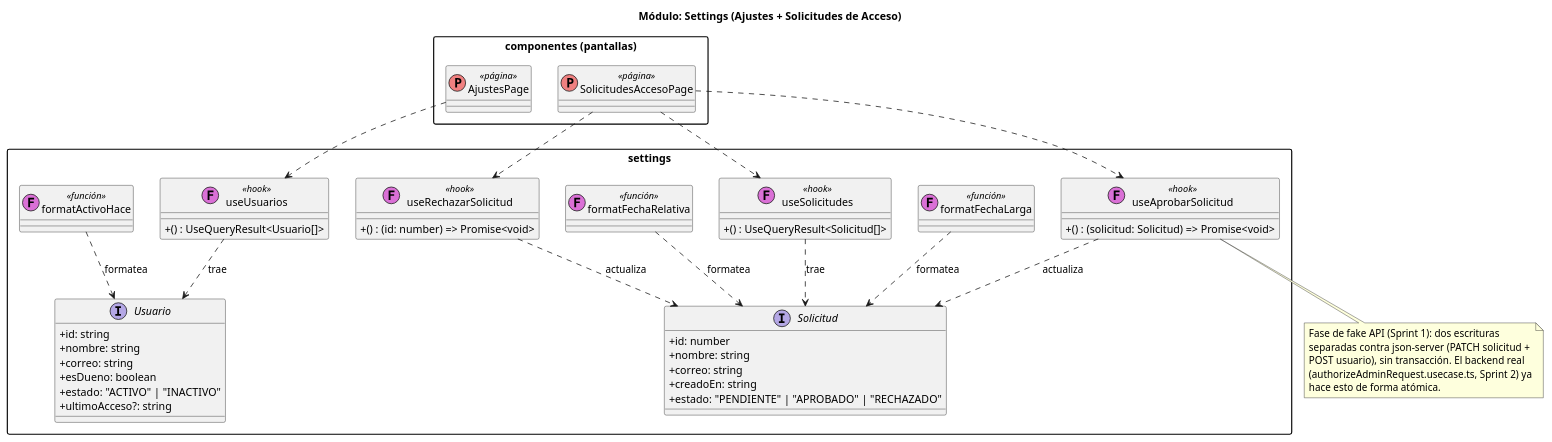
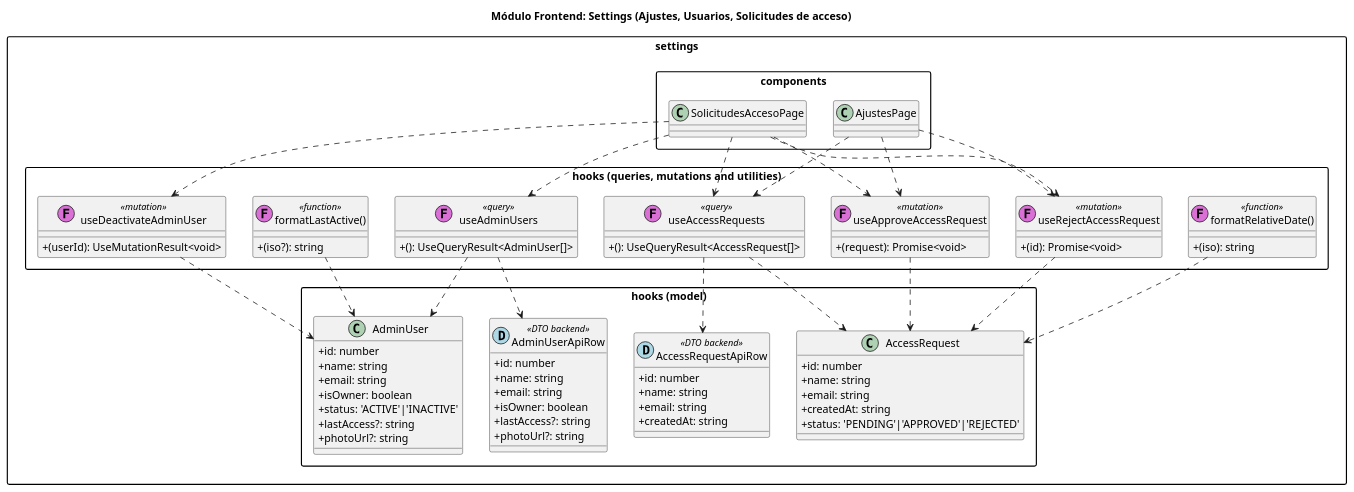
The diagram in docs/diagrams/settings.puml (brianna-salinas/la-canchita-de-carlos-frontend), drawn with PlantUML before and after one commit. The commit also changed 35 other files, not shown here.

Commit message:
fix: arreglos a los class diagrams

```diff
--- a/docs/diagrams/settings.puml
+++ b/docs/diagrams/settings.puml
@@ -1,72 +1,90 @@
 @startuml settings-module
-title Módulo: Settings (Ajustes + Solicitudes de Acceso)
+title Módulo Frontend: Settings (Ajustes, Usuarios, Solicitudes de acceso)
 
 skinparam classAttributeIconSize 0
 skinparam packageStyle rectangle
 
-package "settings" {
-  interface Solicitud {
+package "settings.hooks (model)" {
+  class AccessRequest {
     +id: number
-    +nombre: string
-    +correo: string
-    +creadoEn: string
-    +estado: "PENDIENTE" | "APROBADO" | "RECHAZADO"
+    +name: string
+    +email: string
+    +createdAt: string
+    +status: 'PENDING'|'APPROVED'|'REJECTED'
   }
 
-  interface Usuario {
-    +id: string
-    +nombre: string
-    +correo: string
-    +esDueno: boolean
-    +estado: "ACTIVO" | "INACTIVO"
-    +ultimoAcceso?: string
+  class AdminUser {
+    +id: number
+    +name: string
+    +email: string
+    +isOwner: boolean
+    +status: 'ACTIVE'|'INACTIVE'
+    +lastAccess?: string
+    +photoUrl?: string
   }
 
-  class "useSolicitudes" as useSolicitudes << (F,orchid) hook >> {
-    +() : UseQueryResult<Solicitud[]>
+  class AccessRequestApiRow << (D,lightblue) DTO backend >> {
+    +id: number
+    +name: string
+    +email: string
+    +createdAt: string
   }
 
-  class "useAprobarSolicitud" as useAprobarSolicitud << (F,orchid) hook >> {
-    +() : (solicitud: Solicitud) => Promise<void>
+  class AdminUserApiRow << (D,lightblue) DTO backend >> {
+    +id: number
+    +name: string
+    +email: string
+    +isOwner: boolean
+    +lastAccess?: string
+    +photoUrl?: string
+  }
+}
+
+package "settings.hooks (queries, mutations and utilities)" {
+  class useAccessRequests << (F,orchid) query >> {
+    +(): UseQueryResult<AccessRequest[]>
+  }
+  class useApproveAccessRequest << (F,orchid) mutation >> {
+    +(request): Promise<void>
+  }
+  class useRejectAccessRequest << (F,orchid) mutation >> {
+    +(id): Promise<void>
+  }
+  class useAdminUsers << (F,orchid) query >> {
+    +(): UseQueryResult<AdminUser[]>
+  }
+  class useDeactivateAdminUser << (F,orchid) mutation >> {
+    +(userId): UseMutationResult<void>
+  }
+  class "formatRelativeDate()" as formatRelativeDate << (F,orchid) function >> {
+    +(iso): string
+  }
+  class "formatLastActive()" as formatLastActive << (F,orchid) function >> {
+    +(iso?): string
   }
 
-  class "useRechazarSolicitud" as useRechazarSolicitud << (F,orchid) hook >> {
-    +() : (id: number) => Promise<void>
-  }
-
-  class "useUsuarios" as useUsuarios << (F,orchid) hook >> {
-    +() : UseQueryResult<Usuario[]>
-  }
-
-  class "formatFechaLarga" as formatFechaLarga << (F,orchid) función >>
-  class "formatFechaRelativa" as formatFechaRelativa << (F,orchid) función >>
-  class "formatActivoHace" as formatActivoHace << (F,orchid) función >>
-
-  useSolicitudes ..> Solicitud : trae
-  useAprobarSolicitud ..> Solicitud : actualiza
-  useRechazarSolicitud ..> Solicitud : actualiza
-  useUsuarios ..> Usuario : trae
-  formatFechaLarga ..> Solicitud : formatea
-  formatFechaRelativa ..> Solicitud : formatea
-  formatActivoHace ..> Usuario : formatea
+  useAccessRequests ..> AccessRequestApiRow
+  useAccessRequests ..> AccessRequest
+  useApproveAccessRequest ..> AccessRequest
+  useRejectAccessRequest ..> AccessRequest
+  useAdminUsers ..> AdminUserApiRow
+  useAdminUsers ..> AdminUser
+  useDeactivateAdminUser ..> AdminUser
+  formatRelativeDate ..> AccessRequest
+  formatLastActive ..> AdminUser
 }
 
-package "componentes (pantallas)" {
-  class AjustesPage << (P,#F08080) página >>
-  class SolicitudesAccesoPage << (P,#F08080) página >>
-
-  AjustesPage ..> useUsuarios
-  SolicitudesAccesoPage ..> useSolicitudes
-  SolicitudesAccesoPage ..> useAprobarSolicitud
-  SolicitudesAccesoPage ..> useRechazarSolicitud
+package "settings.components" {
+  class AjustesPage
+  class SolicitudesAccesoPage
+  SolicitudesAccesoPage ..> useAccessRequests
+  SolicitudesAccesoPage ..> useApproveAccessRequest
+  SolicitudesAccesoPage ..> useRejectAccessRequest
+  SolicitudesAccesoPage ..> useAdminUsers
+  SolicitudesAccesoPage ..> useDeactivateAdminUser
+  AjustesPage ..> useAccessRequests
+  AjustesPage ..> useApproveAccessRequest
+  AjustesPage ..> useRejectAccessRequest
 }
 
-note bottom of useAprobarSolicitud
-  Fase de fake API (Sprint 1): dos escrituras
-  separadas contra json-server (PATCH solicitud +
-  POST usuario), sin transacción. El backend real
-  (authorizeAdminRequest.usecase.ts, Sprint 2) ya
-  hace esto de forma atómica.
-end note
-
 @enduml
```
